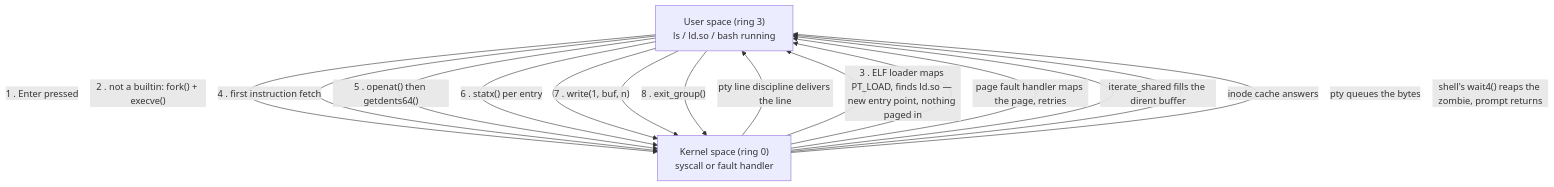
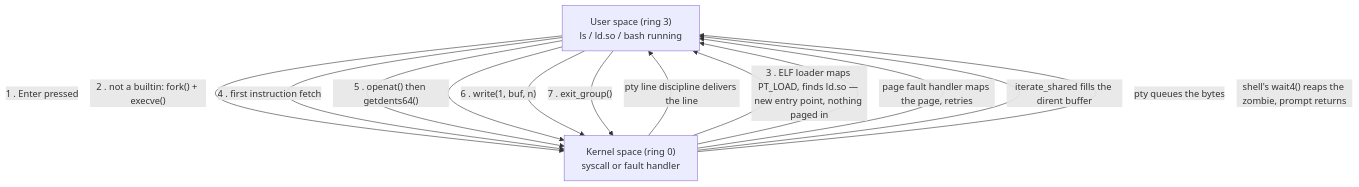
One commit to AndriiSonsiadlo/knowledge-base changed the diagram in docs/linux/02-guided-traces/what-happens-when-you-type-ls.md. Above: the diagram before and after it, drawn with Mermaid. The commit also changed other lines of this file and 8 other files, not shown here.

Commit message:
fix: correct final-review findings in linux docs (table cell, stale lab layout, diagram caption, stray URL, trap text, headings, table gaps)

````diff
--- a/docs/linux/02-guided-traces/what-happens-when-you-type-ls.md
+++ b/docs/linux/02-guided-traces/what-happens-when-you-type-ls.md
@@ -149,20 +149,18 @@
 ```mermaid
 flowchart TB
     U["User space (ring 3)<br/>ls / ld.so / bash running"]
     K["Kernel space (ring 0)<br/>syscall or fault handler"]
 
     U -->|"1 . Enter pressed"| K
     K -->|"pty line discipline delivers the line"| U
     U -->|"2 . not a builtin: fork() + execve()"| K
     K -->|"3 . ELF loader maps PT_LOAD, finds ld.so — new entry point, nothing paged in"| U
     U -->|"4 . first instruction fetch"| K
     K -->|"page fault handler maps the page, retries"| U
     U -->|"5 . openat() then getdents64()"| K
     K -->|"iterate_shared fills the dirent buffer"| U
-    U -->|"6 . statx() per entry"| K
-    K -->|"inode cache answers"| U
-    U -->|"7 . write(1, buf, n)"| K
+    U -->|"6 . write(1, buf, n)"| K
     K -->|"pty queues the bytes"| U
-    U -->|"8 . exit_group()"| K
+    U -->|"7 . exit_group()"| K
     K -->|"shell's wait4() reaps the zombie, prompt returns"| U
 ```
````
